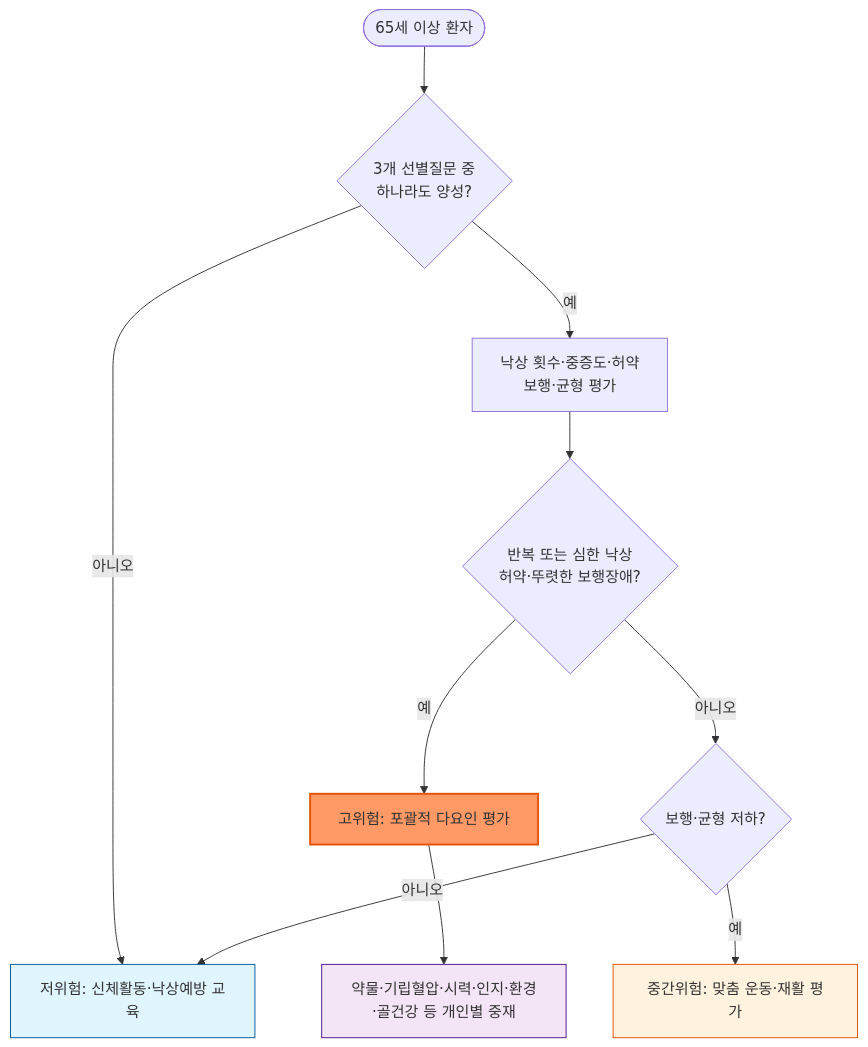
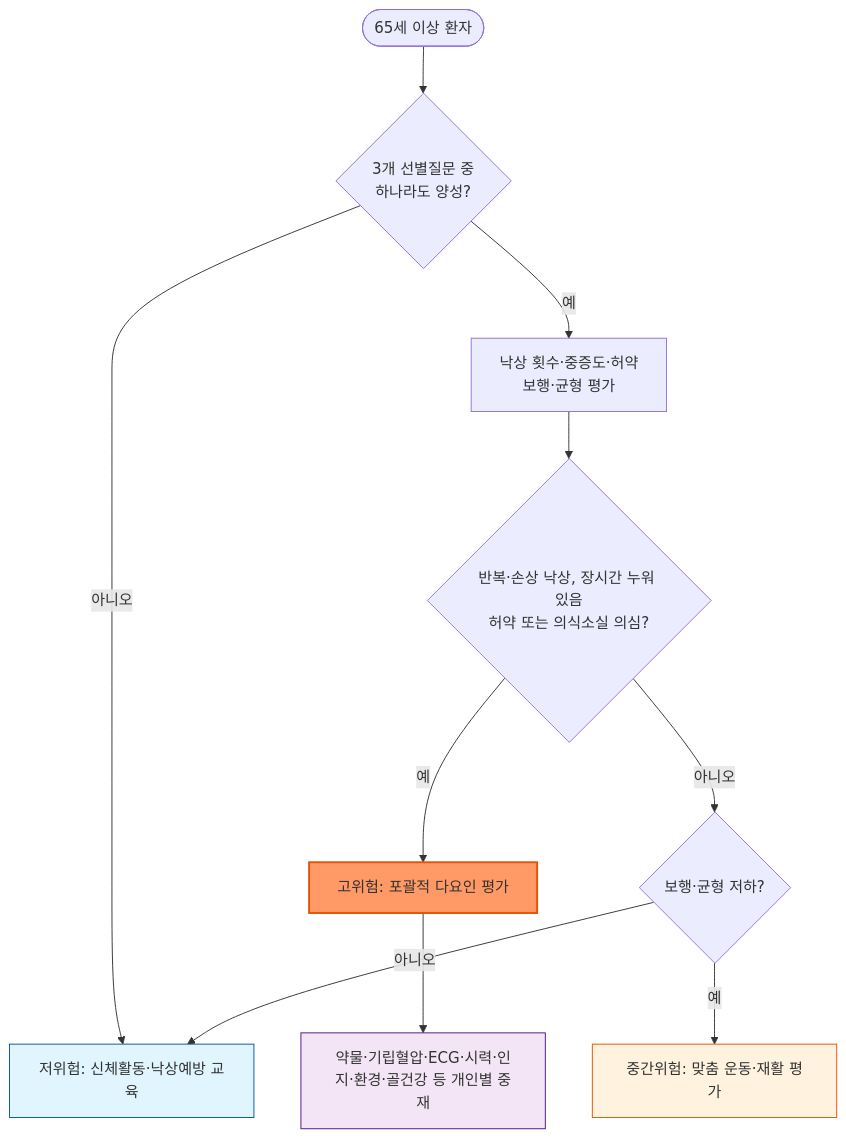
Before and after one commit to familyoh77/familyoh77: the first of 2 diagrams in 231_/215_-elderly.md, drawn with Mermaid. The commit also changed other lines of this file and 3 other files, not shown here.

````diff
--- a/231_/215_-elderly.md
+++ b/231_/215_-elderly.md
@@ -175,16 +179,16 @@
 ```mermaid
 graph TD
     A([65세 이상 환자]) --> B{"3개 선별질문 중<br>하나라도 양성?"}
     B -- 아니오 --> C[저위험: 신체활동·낙상예방 교육]
     B -- 예 --> D[낙상 횟수·중증도·허약<br>보행·균형 평가]
-    D --> E{"반복 또는 심한 낙상<br>허약·뚜렷한 보행장애?"}
+    D --> E{"반복·손상 낙상, 장시간 누워 있음<br>허약 또는 의식소실 의심?"}
     E -- 예 --> F[고위험: 포괄적 다요인 평가]
     E -- 아니오 --> G{"보행·균형 저하?"}
     G -- 예 --> H[중간위험: 맞춤 운동·재활 평가]
     G -- 아니오 --> C
-    F --> I[약물·기립혈압·시력·인지·환경·골건강 등 개인별 중재]
+    F --> I[약물·기립혈압·ECG·시력·인지·환경·골건강 등 개인별 중재]
     style F fill:#f96,stroke:#e65100,stroke-width:2px
     style C fill:#e1f5fe,stroke:#01579b
     style H fill:#fff3e0,stroke:#e65100
     style I fill:#f3e5f5,stroke:#4a148c
 ```
````
